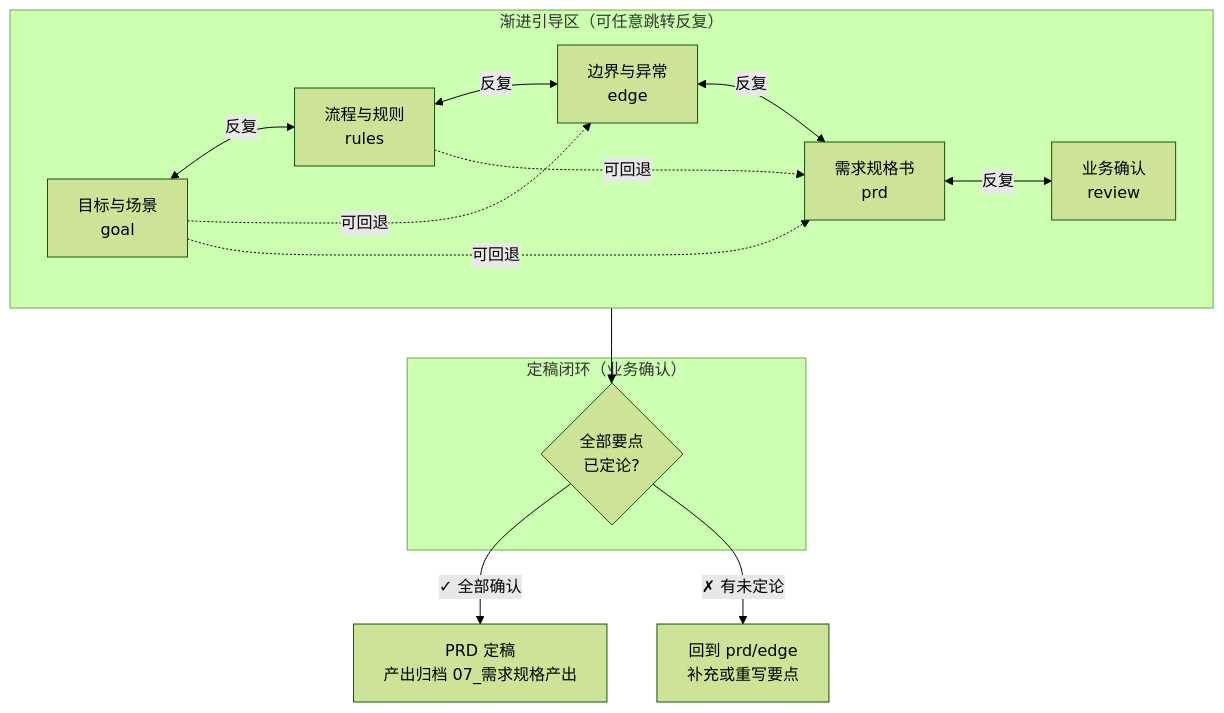
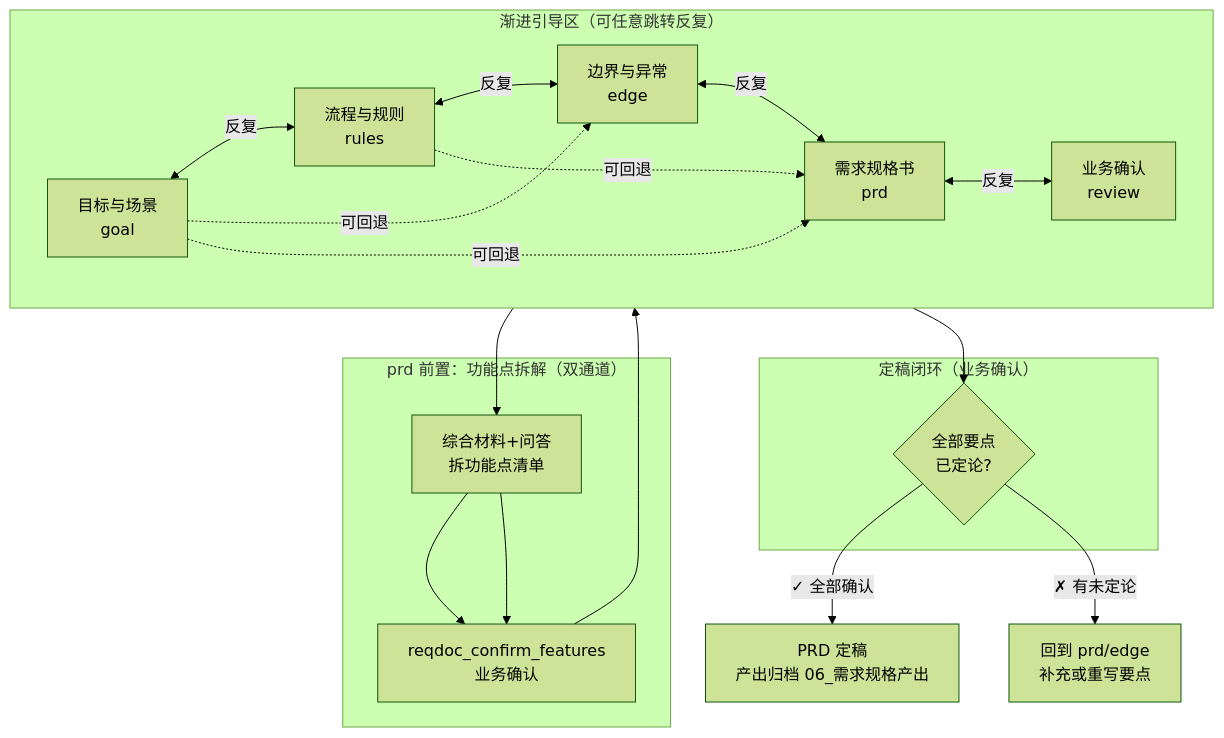
Before and after one commit to wonglaitung/opencode: the ninth of 16 diagrams in opencode-session-mgmt/docs/session-management.md, drawn with Mermaid (forest theme). The commit also changed other lines of this file and 13 other files, not shown here.

First line of the commit message:
feat(reqdoc): 重构为双通道 + 功能点拆解（辅助业务写需求）

````diff
--- a/opencode-session-mgmt/docs/session-management.md
+++ b/opencode-session-mgmt/docs/session-management.md
@@ -585,21 +585,27 @@
 ```mermaid
 graph TB
     subgraph IterationZone["渐进引导区（可任意跳转反复）"]
         direction LR
         G["目标与场景<br/>goal"] <-->|"反复"| R["流程与规则<br/>rules"]
         R <-->|"反复"| E["边界与异常<br/>edge"]
         E <-->|"反复"| P["需求规格书<br/>prd"]
         P <-->|"反复"| RV["业务确认<br/>review"]
         G -.->|"可回退"| E
         G -.->|"可回退"| P
         R -.->|"可回退"| P
     end
+    subgraph FeatureZone["prd 前置：功能点拆解（双通道）"]
+        F["综合材料+问答<br/>拆功能点清单"] --> FC["reqdoc_confirm_features<br/>业务确认"]
+    end
 
     subgraph Close["定稿闭环（业务确认）"]
         C{"全部要点<br/>已定论?"}
     end
 
+    IterationZone --> F
+    F --> FC
+    FC --> IterationZone
     IterationZone --> C
-    C -->|"✓ 全部确认"| PRD["PRD 定稿<br/>产出归档 07_需求规格产出"]
+    C -->|"✓ 全部确认"| PRD["PRD 定稿<br/>产出归档 06_需求规格产出"]
     C -->|"✗ 有未定论"| BACK["回到 prd/edge<br/>补充或重写要点"]
 ```
````
